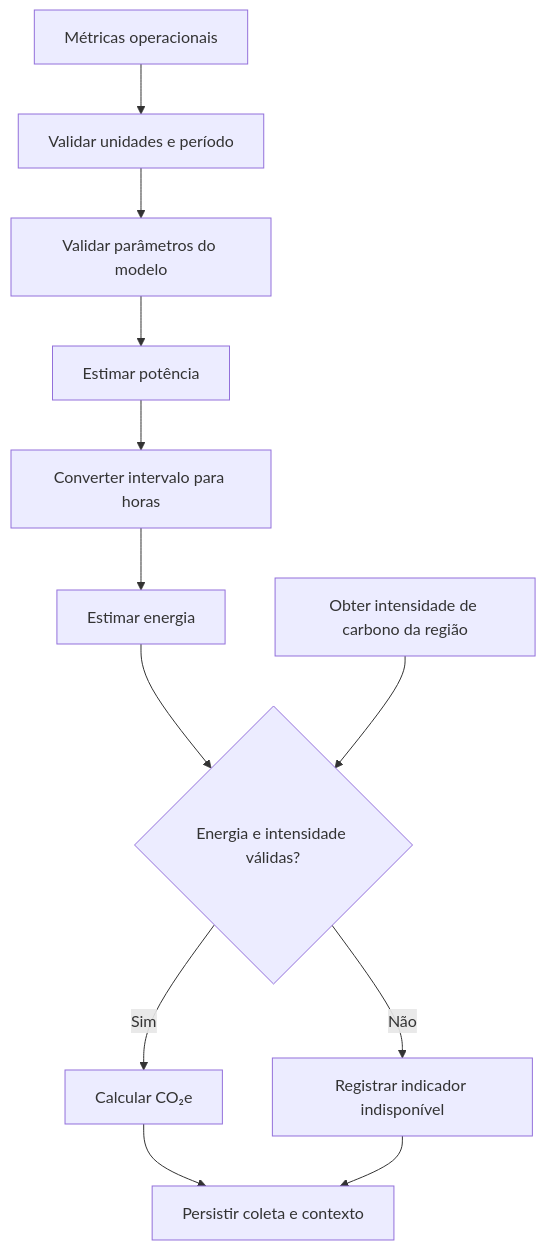
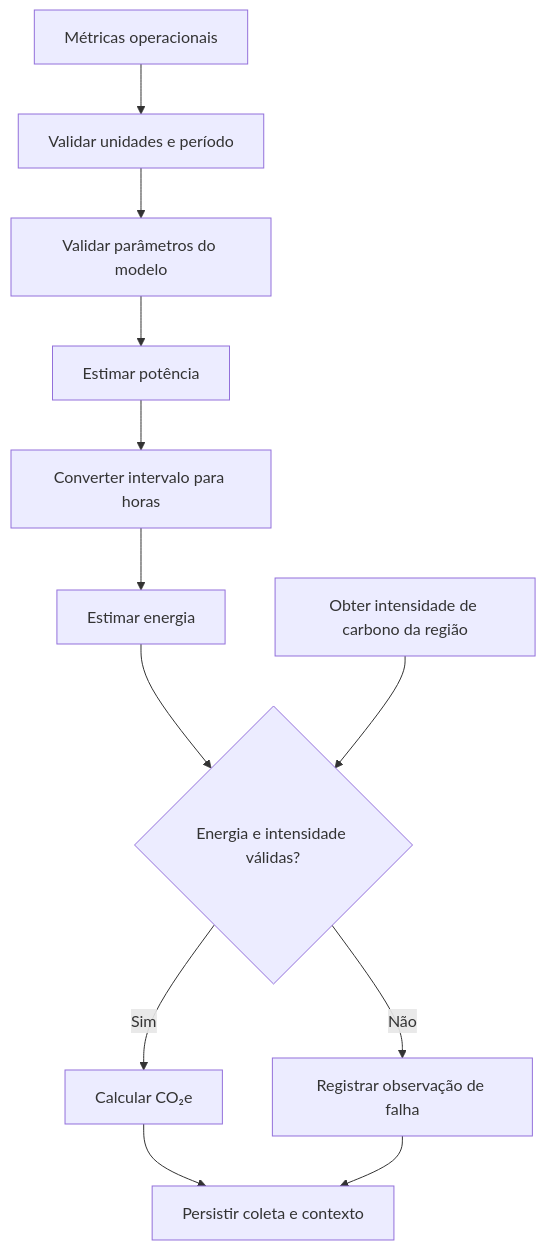
One commit to Team-Zero-DSM/GreenER changed the diagram in docs/cálculo.md. Above: the diagram before and after it, drawn with Mermaid. The commit also changed other lines of this file and 5 other files, not shown here.

````diff
--- a/docs/cálculo.md
+++ b/docs/cálculo.md
@@ -225,27 +224,27 @@
 ```mermaid
 flowchart TD
 
     A[Métricas operacionais]
     B[Validar unidades e período]
     C[Validar parâmetros do modelo]
     D[Estimar potência]
     E[Converter intervalo para horas]
     F[Estimar energia]
     G[Obter intensidade de carbono da região]
     H{Energia e intensidade válidas?}
     I[Calcular CO₂e]
-    J[Registrar indicador indisponível]
+    J[Registrar observação de falha]
     K[Persistir coleta e contexto]
 
     A --> B
     B --> C
     C --> D
     D --> E
     E --> F
     F --> H
     G --> H
     H -->|Sim| I
     H -->|Não| J
     I --> K
     J --> K
 ```
````
